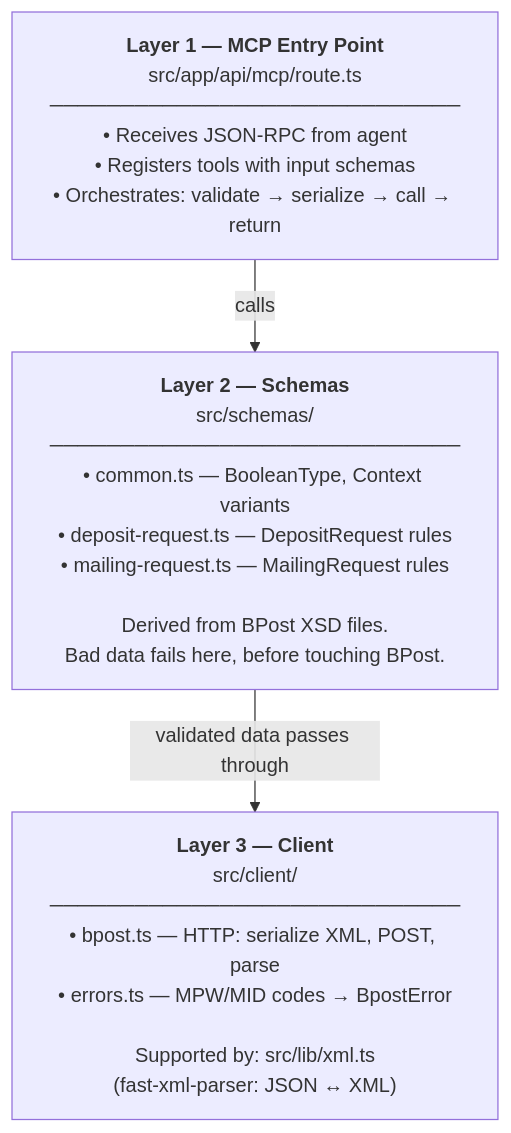
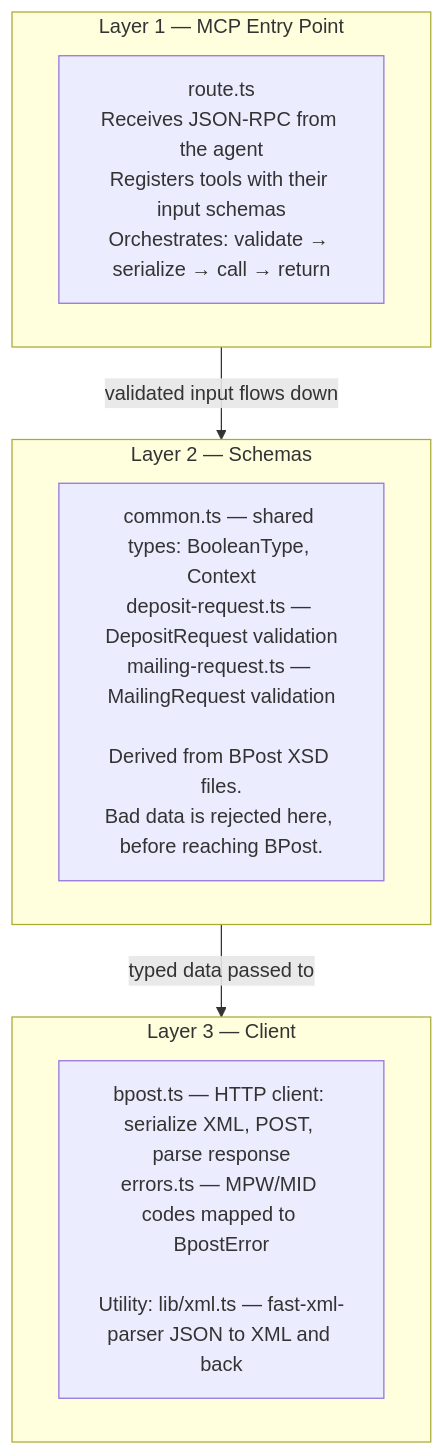
Before and after one commit to markminnoye/bpost-mcp: the second of 5 diagrams in docs/internal/phase1-architecture.md, drawn with Mermaid.

Commit message:
docs: replace overloaded Three Layers node with clean subgraph layout

````diff
--- a/docs/internal/phase1-architecture.md
+++ b/docs/internal/phase1-architecture.md
@@ -61,9 +61,17 @@
 ```mermaid
 flowchart TD
-    L1["<b>Layer 1 — MCP Entry Point</b><br/>src/app/api/mcp/route.ts<br/>─────────────────────────────<br/>• Receives JSON-RPC from agent<br/>• Registers tools with input schemas<br/>• Orchestrates: validate → serialize → call → return"]
-    L2["<b>Layer 2 — Schemas</b><br/>src/schemas/<br/>─────────────────────────────<br/>• common.ts — BooleanType, Context variants<br/>• deposit-request.ts — DepositRequest rules<br/>• mailing-request.ts — MailingRequest rules<br/><br/>Derived from BPost XSD files.<br/>Bad data fails here, before touching BPost."]
-    L3["<b>Layer 3 — Client</b><br/>src/client/<br/>─────────────────────────────<br/>• bpost.ts — HTTP: serialize XML, POST, parse<br/>• errors.ts — MPW/MID codes → BpostError<br/><br/>Supported by: src/lib/xml.ts<br/>(fast-xml-parser: JSON ↔ XML)"]
+    subgraph L1["Layer 1 — MCP Entry Point"]
+        R["route.ts<br/>Receives JSON-RPC from the agent<br/>Registers tools with their input schemas<br/>Orchestrates: validate → serialize → call → return"]
+    end
 
-    L1 -- "calls" --> L2
-    L2 -- "validated data passes through" --> L3
+    subgraph L2["Layer 2 — Schemas"]
+        S["common.ts — shared types: BooleanType, Context<br/>deposit-request.ts — DepositRequest validation<br/>mailing-request.ts — MailingRequest validation<br/><br/>Derived from BPost XSD files.<br/>Bad data is rejected here, before reaching BPost."]
+    end
+
+    subgraph L3["Layer 3 — Client"]
+        C["bpost.ts — HTTP client: serialize XML, POST, parse response<br/>errors.ts — MPW/MID codes mapped to BpostError<br/><br/>Utility: lib/xml.ts — fast-xml-parser JSON to XML and back"]
+    end
+
+    L1 -- "validated input flows down" --> L2
+    L2 -- "typed data passed to" --> L3
 ```
````
